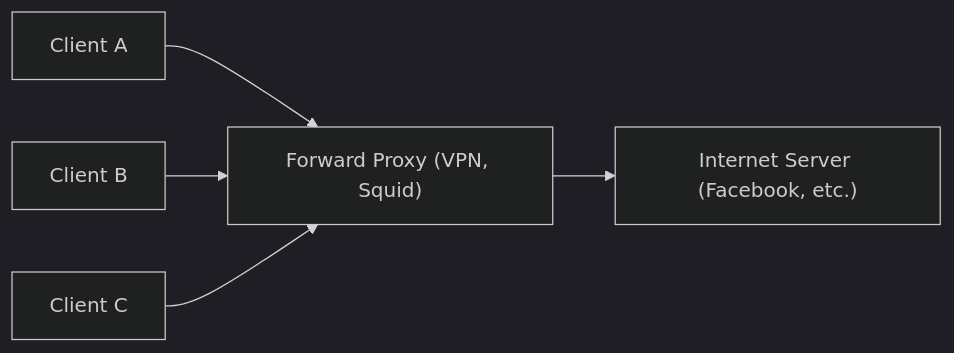
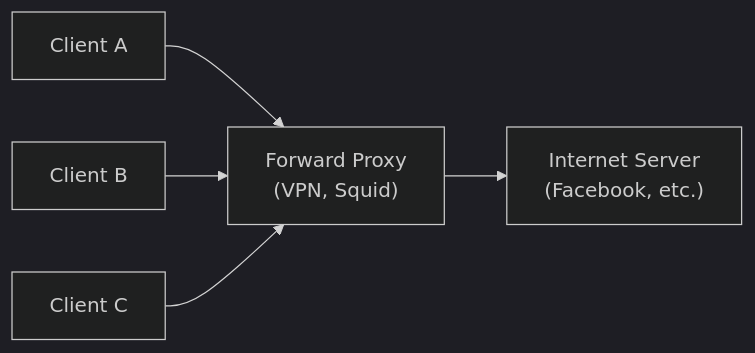
Before and after one commit to Mrnobody102/it-interview-prep: the first of 3 diagrams in src/content/vi/he-thong/overview-proxy-server.md, drawn with Mermaid (dark theme). The commit also changed other lines of this file and 62 other files, not shown here.

````diff
--- a/src/content/vi/he-thong/overview-proxy-server.md
+++ b/src/content/vi/he-thong/overview-proxy-server.md
@@ -24,12 +24,12 @@
 ```mermaid
 flowchart LR
     CA["Client A"]
     CB["Client B"]
     CC["Client C"]
-    FP["Forward Proxy (VPN, Squid)"]
-    FB["Internet Server (Facebook, etc.)"]
+    FP["Forward Proxy<br>(VPN, Squid)"]
+    FB["Internet Server<br>(Facebook, etc.)"]
     CA --> FP
     CB --> FP
     CC --> FP
     FP --> FB
 ```
````
